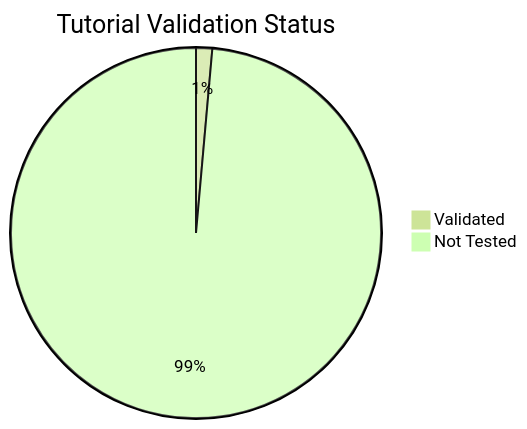
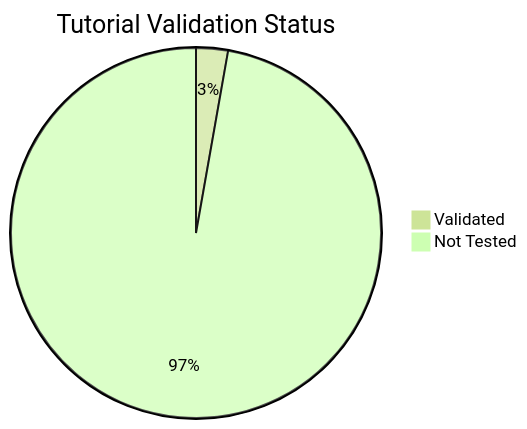
One commit to yeongseon/azure-container-apps-practical-guide changed the diagram in docs/reference/validation-status.md. Above: the diagram before and after it, drawn with Mermaid (forest theme). The commit also changed other lines of this file and 18 other files, not shown here.

````diff
--- a/docs/reference/validation-status.md
+++ b/docs/reference/validation-status.md
@@ -39,5 +35,5 @@
 ```mermaid
 pie title Tutorial Validation Status
-    "Validated" : 1
+    "Validated" : 2
     "Not Tested" : 70
 ```
````
